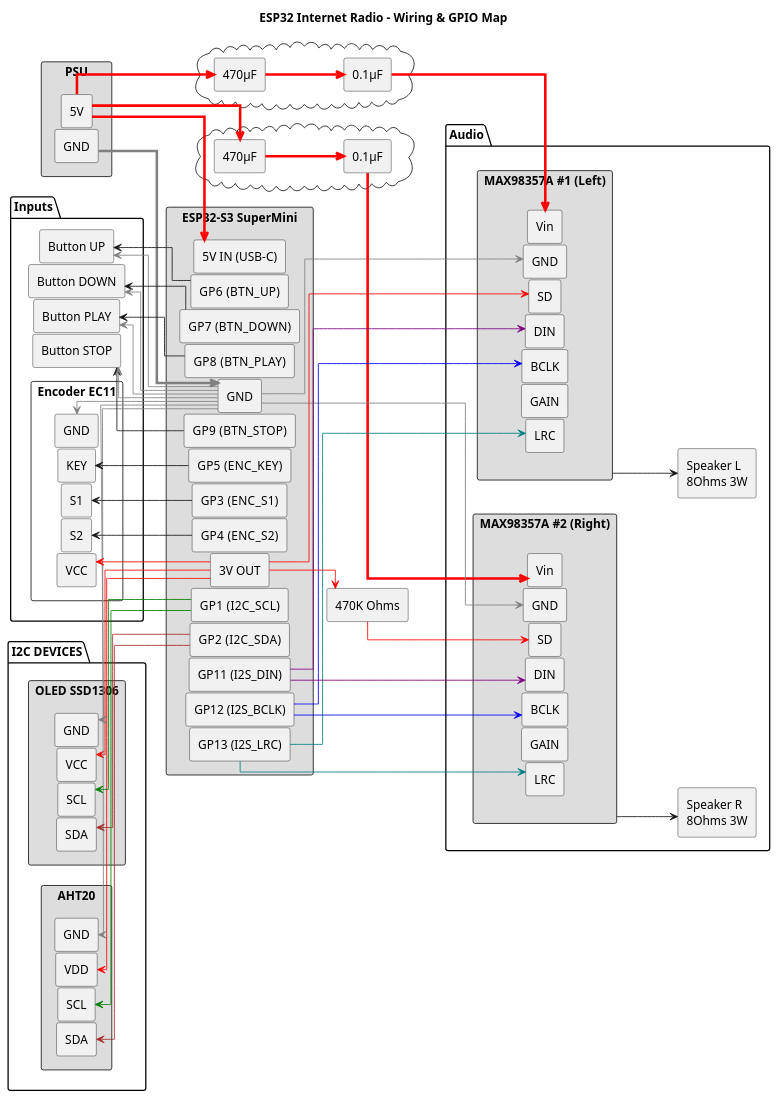
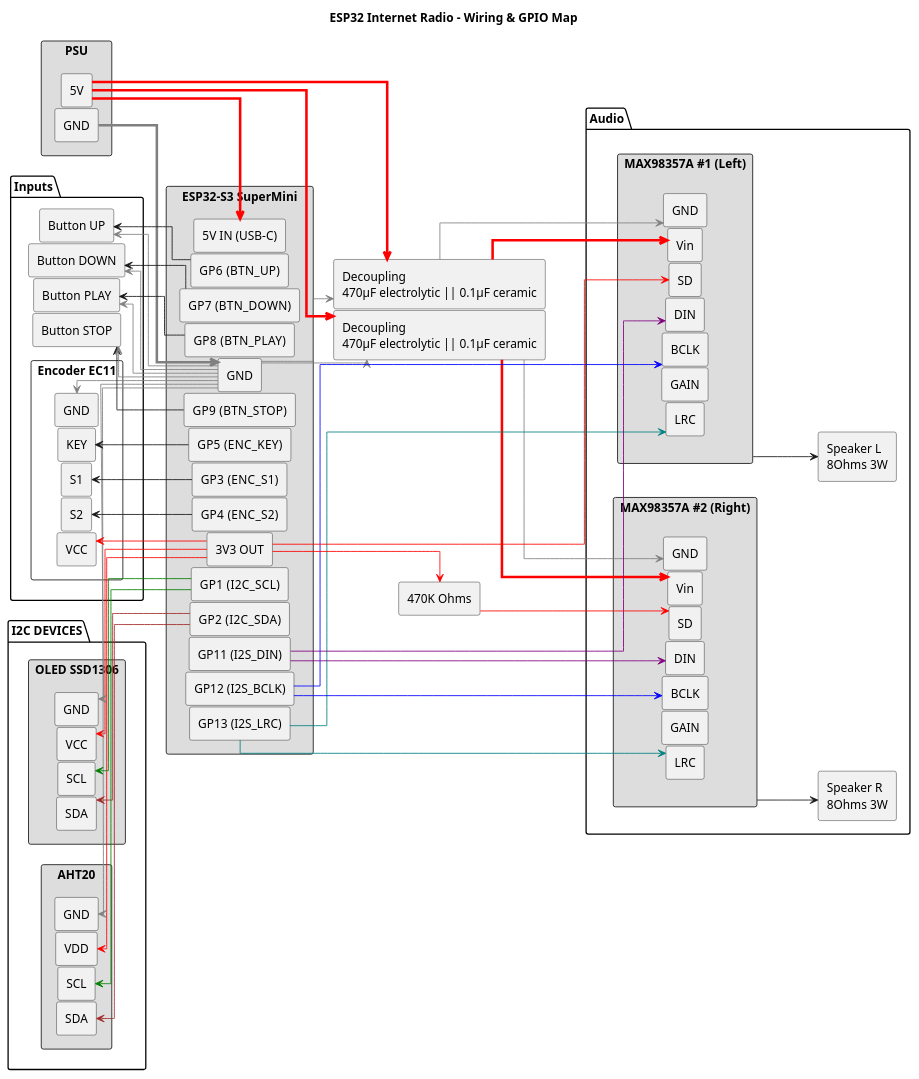
The diagram in docs/diagrams/wiring_gpio_map.puml (ArturChechui/player), drawn with PlantUML before and after one commit.

Commit message:
docs: improve and correct wiring gpio map (refs: #13)

```diff
--- a/docs/diagrams/wiring_gpio_map.puml
+++ b/docs/diagrams/wiring_gpio_map.puml
@@ -1,165 +1,157 @@
 @startuml wiring_gpio_map.puml
 title ESP32 Internet Radio - Wiring & GPIO Map
 
 skinparam backgroundColor white
 skinparam shadowing false
 skinparam linetype ortho
 skinparam componentStyle rectangle
 skinparam nodesep 2
 skinparam ranksep 10
 left to right direction
 
 component "PSU" as PSU #DDDDDD {
   [5V] as R5
   [GND] as R5_GND
 }
 
-cloud {
-    rectangle "470µF" as C470L
-    rectangle "0.1µF" as C01L
+together {
+    component "Decoupling\n470µF electrolytic || 0.1µF ceramic" as DEC_L
+    component "Decoupling\n470µF electrolytic || 0.1µF ceramic" as DEC_R
 }
-cloud {
-    rectangle "470µF" as C470R
-    rectangle "0.1µF" as C01R
-}
+
 rectangle "470K Ohms" as 470K
 
 component "ESP32-S3 SuperMini" as ESP #DDDDDD {
     [5V IN (USB-C)] as ESP_5V
-    [3V OUT] as ESP_33
+    [3V3 OUT] as ESP_33
     [GND] as ESP_GND
 
     [GP1  (I2C_SCL)] as GP1
     [GP2  (I2C_SDA)] as GP2
 
     [GP3  (ENC_S1)]  as GP3
     [GP4  (ENC_S2)]  as GP4
     [GP5  (ENC_KEY)] as GP5
 
     [GP6  (BTN_UP)]   as GP6
     [GP7  (BTN_DOWN)] as GP7
     [GP8  (BTN_PLAY)] as GP8
     [GP9  (BTN_STOP)] as GP9
 
     [GP11 (I2S_DIN)]  as GP11
     [GP12 (I2S_BCLK)] as GP12
     [GP13 (I2S_LRC)]  as GP13
 }
 
 
 package "Inputs" as Inputs {
     component "Button UP" as BUP
     component "Button DOWN" as BDN
     component "Button PLAY" as BPL
     component "Button STOP" as BST
 
     component "Encoder EC11" as ENC {
         [GND] as ENC_GND
         [S1]  as ENC_S1
         [S2]  as ENC_S2
         [KEY] as ENC_KEY
         [VCC] as ENC_VCC
     }
 }
 
 package "I2C DEVICES" as I2C {
     component "OLED SSD1306" as OLED #DDDDDD {
       [VCC] as OLED_VCC
       [GND] as OLED_GND
       [SCL] as OLED_SCL
       [SDA] as OLED_SDA
     }
 
     component "AHT20" as AHT #DDDDDD {
       [VDD] as AHT_VDD
       [GND] as AHT_GND
       [SCL] as AHT_SCL
       [SDA] as AHT_SDA
     }
 }
 
 package Audio {
     component "MAX98357A #1 (Left)" as AMP_L #DDDDDD {
         [Vin] as AL_VIN
         [GND] as AL_GND
         [LRC] as AL_LRC
         [BCLK] as AL_BCLK
         [DIN] as AL_DIN
         [GAIN] as AL_GAIN
         [SD] as AL_SD
     }
 
     component "MAX98357A #2 (Right)" as AMP_R #DDDDDD {
         [Vin] as AR_VIN
         [GND] as AR_GND
         [LRC] as AR_LRC
         [BCLK] as AR_BCLK
         [DIN] as AR_DIN
         [GAIN] as AR_GAIN
         [SD] as AR_SD
     }
 
     component "Speaker L\n8Ohms 3W" as SPK_L
     component "Speaker R\n8Ohms 3W" as SPK_R
 }
 
 R5  -[#Red,thickness=3]-> ESP_5V
 R5_GND -[#Grey,thickness=3]-> ESP_GND
 
 ESP_33 -up[#Red]-> OLED_VCC
 ESP_GND -up[#Grey]-> OLED_GND
 
 ESP_33 -up[#Red]-> AHT_VDD
 ESP_GND -up[#Grey]-> AHT_GND
 
-R5 -[#Red,thickness=3]-> C470L
-C470L -[#Red,thickness=3]-> C01L
-C01L -[#Red,thickness=3]-> AL_VIN
-ESP_GND -[#Grey]-> AL_GND
-R5 -[#Red,thickness=3]-> C470R
-C470R -[#Red,thickness=3]-> C01R
-C01R -[#Red,thickness=3]-> AR_VIN
-ESP_GND -[#Grey]-> AR_GND
+R5 -[#Red,thickness=3]-> DEC_L
+DEC_L -[#Red,thickness=3]-> AL_VIN
+ESP_GND -[#Grey]-> DEC_L
+DEC_L -[#Grey]-> AL_GND
+
+R5 -[#Red,thickness=3]-> DEC_R
+DEC_R -[#Red,thickness=3]-> AR_VIN
+ESP_GND -[#Grey]-> DEC_R
+DEC_R -[#Grey]-> AR_GND
 
 ESP_33 -[#Red]-> ENC_VCC
 ESP_GND -[#Grey]-> ENC_GND
 
-' --- I2C BUS (shared) ---
 GP1 -up[#Green]-> OLED_SCL
 GP2 -up[#Brown]-> OLED_SDA
 GP1 -up[#Green]-> AHT_SCL
 GP2 -up[#Brown]-> AHT_SDA
 
-' --- I2S BUS (shared) ---
 GP13 -[#Teal]-> AL_LRC
 GP12 -[#Blue]-> AL_BCLK
 GP11 -[#Purple]-> AL_DIN
 GP13 -[#Teal]-> AR_LRC
 GP12 -[#Blue]-> AR_BCLK
 GP11 -[#Purple]-> AR_DIN
 
-' --- AMP MODE PINS ---
 ESP_33 -[#Red]-> AL_SD
 ESP_33 -[#Red]-> 470K
 470K -[#Red]-> AR_SD
 
-' --- SPEAKERS ---
 AMP_L --> SPK_L
 AMP_R --> SPK_R
 
-' --- ENCODER SIGNALS ---
 ENC_S1 <-- GP3
 ENC_S2 <-- GP4
 ENC_KEY <-- GP5
 
-' --- BUTTONS ---
 BUP <-- GP6
 BUP <-[#Grey]- ESP_GND 
 BDN <-- GP7
 BDN <-[#Grey]- ESP_GND 
 BPL <-- GP8
 BPL <-[#Grey]- ESP_GND 
 BST <-- GP9
 BST <-[#Grey]- ESP_GND 
 
 @enduml
```
